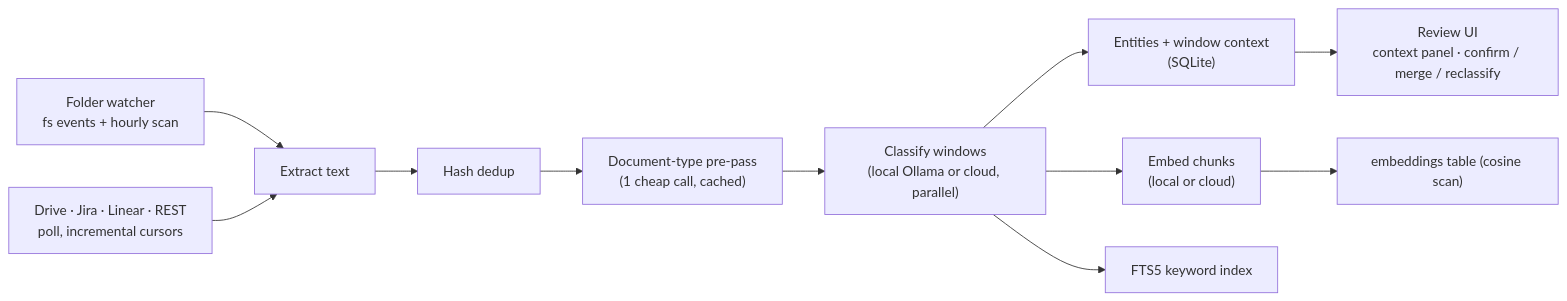
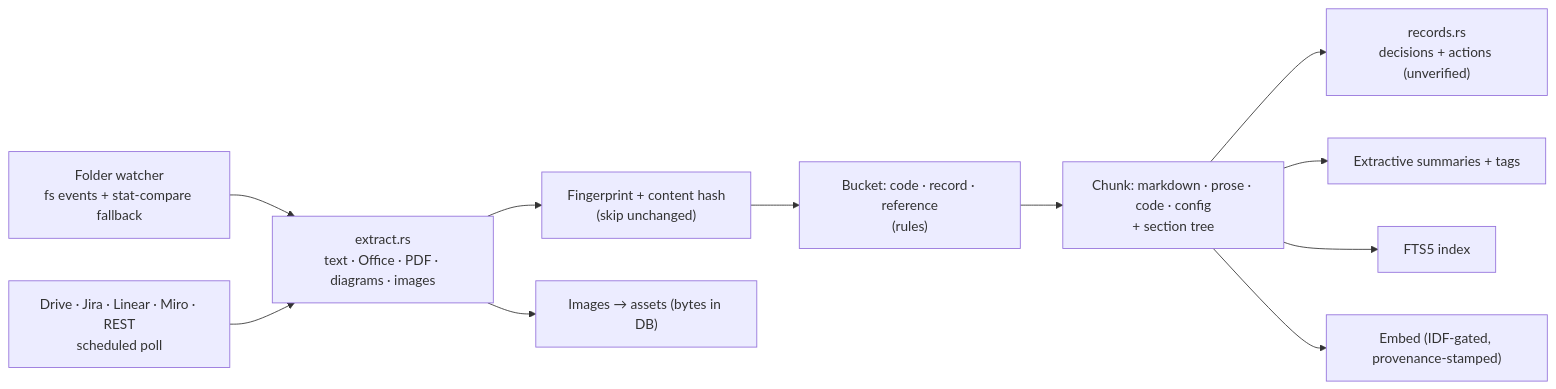
Before and after one commit to Atsirkunov/anchorcore: the second of 3 diagrams in docs/architecture.md, drawn with Mermaid. The commit also changed other lines of this file and 39 other files, not shown here.

````diff
--- a/docs/architecture.md
+++ b/docs/architecture.md
@@ -58,13 +55,13 @@
 ```mermaid
 flowchart LR
-    watcher["Folder watcher<br/>fs events + hourly scan"] --> extract["Extract text"]
-    apis["Drive · Jira · Linear · REST<br/>poll, incremental cursors"] --> extract
-    extract --> hash["Hash dedup"]
-    hash --> type["Document-type pre-pass<br/>(1 cheap call, cached)"]
-    type --> classify["Classify windows<br/>(local Ollama or cloud, parallel)"]
-    classify --> entities["Entities + window context<br/>(SQLite)"]
-    classify --> embed["Embed chunks<br/>(local or cloud)"]
-    embed --> vec["embeddings table (cosine scan)"]
-    classify --> fts["FTS5 keyword index"]
-    entities --> review["Review UI<br/>context panel · confirm / merge / reclassify"]
+    watcher["Folder watcher<br/>fs events + stat-compare fallback"] --> extract["extract.rs<br/>text · Office · PDF · diagrams · images"]
+    apis["Drive · Jira · Linear · Miro · REST<br/>scheduled poll"] --> extract
+    extract --> hash["Fingerprint + content hash<br/>(skip unchanged)"]
+    hash --> bucket["Bucket: code · record · reference<br/>(rules)"]
+    bucket --> chunk["Chunk: markdown · prose · code · config<br/>+ section tree"]
+    chunk --> records["records.rs<br/>decisions + actions (unverified)"]
+    chunk --> summ["Extractive summaries + tags"]
+    chunk --> fts["FTS5 index"]
+    chunk --> embed["Embed (IDF-gated, provenance-stamped)"]
+    extract --> assets["Images → assets (bytes in DB)"]
 ```
````
